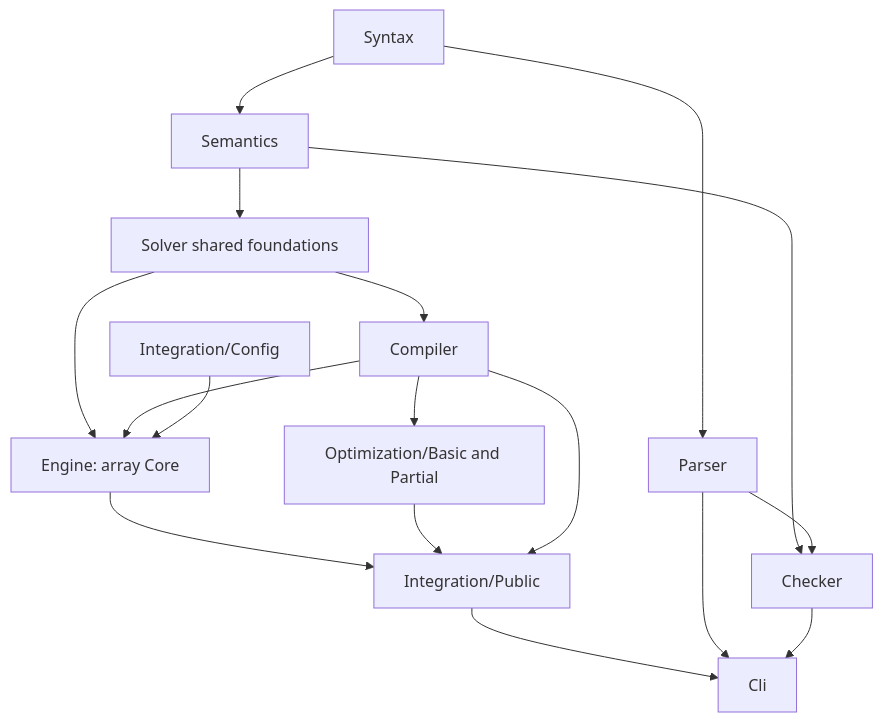
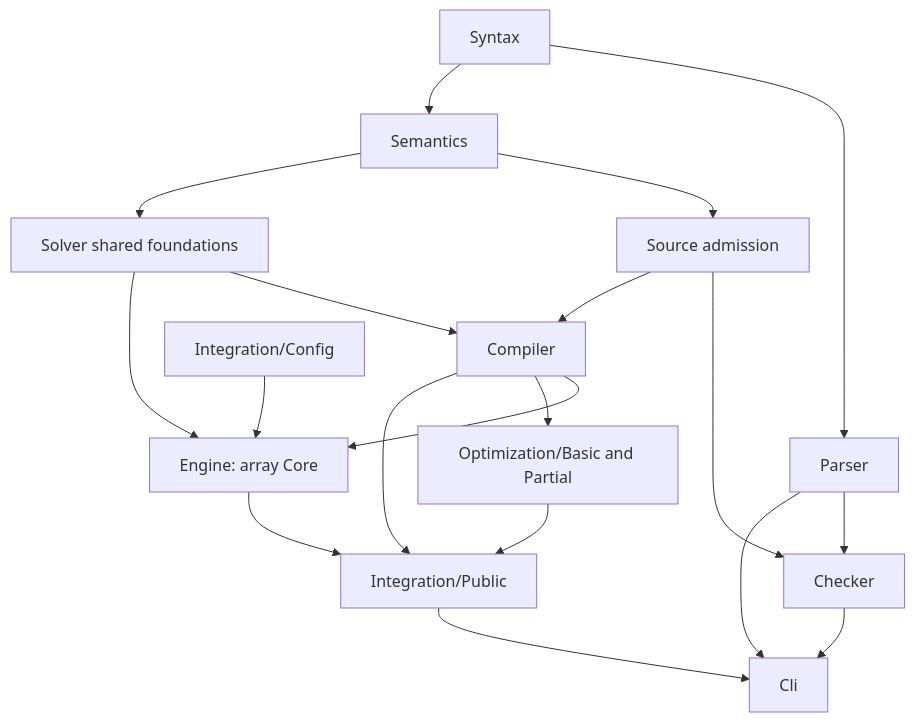
The diagram in code-structure.md (jacopoMauro/fzn2lean), drawn with Mermaid before and after one commit. The commit also changed other lines of this file and 45 other files, not shown here.

````diff
--- a/code-structure.md
+++ b/code-structure.md
@@ -8,19 +8,21 @@
 ```mermaid
 flowchart TD
   Syntax --> Parser
   Syntax --> Semantics
-  Semantics --> Checker
+  Semantics --> Admission[Source admission]
+  Admission --> Checker
+  Admission --> Compiler
   Parser --> Checker
   Semantics --> Shared[Solver shared foundations]
   Shared --> Compiler
   Shared --> Engine[Engine: array Core]
   Compiler --> Engine
   Config[Integration/Config] --> Engine
   Compiler --> Generic[Optimization/Basic and Partial]
   Engine --> Public[Integration/Public]
   Generic --> Public
   Compiler --> Public
   Public --> Cli
   Parser --> Cli
   Checker --> Cli
 ```
````
